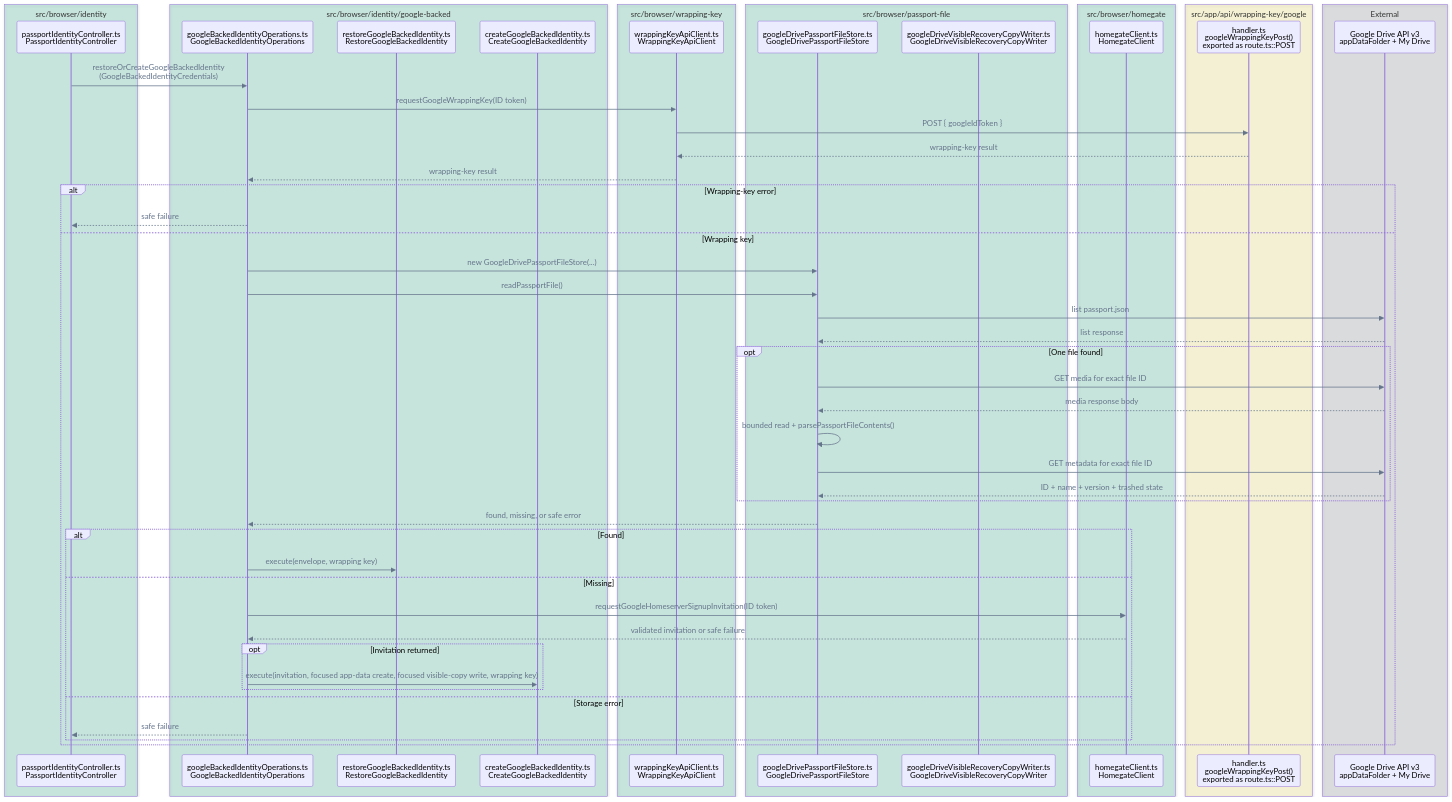
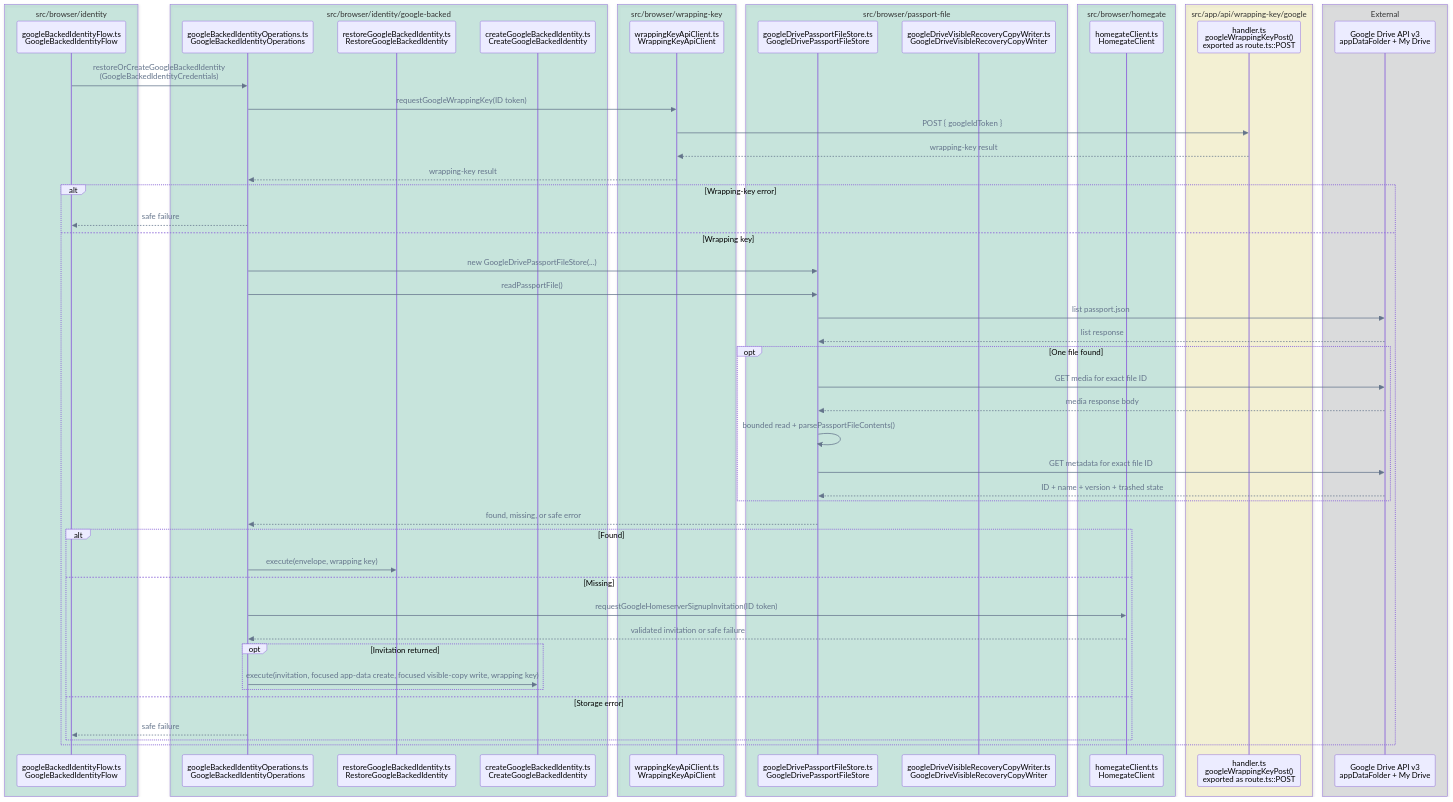
One commit to pubky/pubky-passport changed the eighth of 14 diagrams in FLOWS.md. Above: the diagram before and after it, drawn with Mermaid. The commit also changed other lines of this file and 34 other files, not shown here.

Commit message:
refactor: simplify passPortIdentityController

````diff
--- a/FLOWS.md
+++ b/FLOWS.md
@@ -348,63 +350,63 @@
 ```mermaid
 %%{init: {"themeVariables": {"signalColor": "#64748B", "signalTextColor": "#64748B"}}}%%
 sequenceDiagram
     accTitle: Google-backed custody/recovery establishment call flow
     accDescr: GoogleBackedIdentityOperations requests a wrapping key, reads the Google Drive Passport file, and dispatches a found file to restore or requests a Homegate invitation before creating a missing identity, without passing the wrapping key to Drive storage.
     box rgba(0, 158, 115, 0.18) src/browser/identity
-        participant Controller as passportIdentityController.ts<br/>PassportIdentityController
+        participant GoogleFlow as googleBackedIdentityFlow.ts<br/>GoogleBackedIdentityFlow
     end
     box rgba(0, 158, 115, 0.18) src/browser/identity/google-backed
         participant Operations as googleBackedIdentityOperations.ts<br/>GoogleBackedIdentityOperations
         participant Restore as restoreGoogleBackedIdentity.ts<br/>RestoreGoogleBackedIdentity
         participant Creator as createGoogleBackedIdentity.ts<br/>CreateGoogleBackedIdentity
     end
     box rgba(0, 158, 115, 0.18) src/browser/wrapping-key
         participant Wrapping as wrappingKeyApiClient.ts<br/>WrappingKeyApiClient
     end
     box rgba(0, 158, 115, 0.18) src/browser/passport-file
         participant DriveStore as googleDrivePassportFileStore.ts<br/>GoogleDrivePassportFileStore
         participant VisibleWriter as googleDriveVisibleRecoveryCopyWriter.ts<br/>GoogleDriveVisibleRecoveryCopyWriter
     end
     box rgba(0, 158, 115, 0.18) src/browser/homegate
         participant Invite as homegateClient.ts<br/>HomegateClient
     end
     box rgba(240, 228, 66, 0.18) src/app/api/wrapping-key/google
         participant API as handler.ts<br/>googleWrappingKeyPost()<br/>exported as route.ts::POST
     end
     box rgba(17, 24, 39, 0.12) External
         participant Drive as Google Drive API v3<br/>appDataFolder + My Drive
     end
 
-    Controller->>Operations: restoreOrCreateGoogleBackedIdentity<br/>(GoogleBackedIdentityCredentials)
+    GoogleFlow->>Operations: restoreOrCreateGoogleBackedIdentity<br/>(GoogleBackedIdentityCredentials)
     Operations->>Wrapping: requestGoogleWrappingKey(ID token)
     Wrapping->>API: POST { googleIdToken }
     API-->>Wrapping: wrapping-key result
     Wrapping-->>Operations: wrapping-key result
     alt Wrapping-key error
-        Operations-->>Controller: safe failure
+        Operations-->>GoogleFlow: safe failure
     else Wrapping key
         Operations->>DriveStore: new GoogleDrivePassportFileStore(...)
         Operations->>DriveStore: readPassportFile()
         DriveStore->>Drive: list passport.json
         Drive-->>DriveStore: list response
         opt One file found
             DriveStore->>Drive: GET media for exact file ID
             Drive-->>DriveStore: media response body
             DriveStore->>DriveStore: bounded read + parsePassportFileContents()
             DriveStore->>Drive: GET metadata for exact file ID
             Drive-->>DriveStore: ID + name + version + trashed state
         end
         DriveStore-->>Operations: found, missing, or safe error
         alt Found
             Operations->>Restore: execute(envelope, wrapping key)
         else Missing
             Operations->>Invite: requestGoogleHomeserverSignupInvitation(ID token)
             Invite-->>Operations: validated invitation or safe failure
             opt Invitation returned
                 Operations->>Creator: execute(invitation, focused app-data create, focused visible-copy write, wrapping key)
             end
         else Storage error
-            Operations-->>Controller: safe failure
+            Operations-->>GoogleFlow: safe failure
         end
     end
 ```
````
